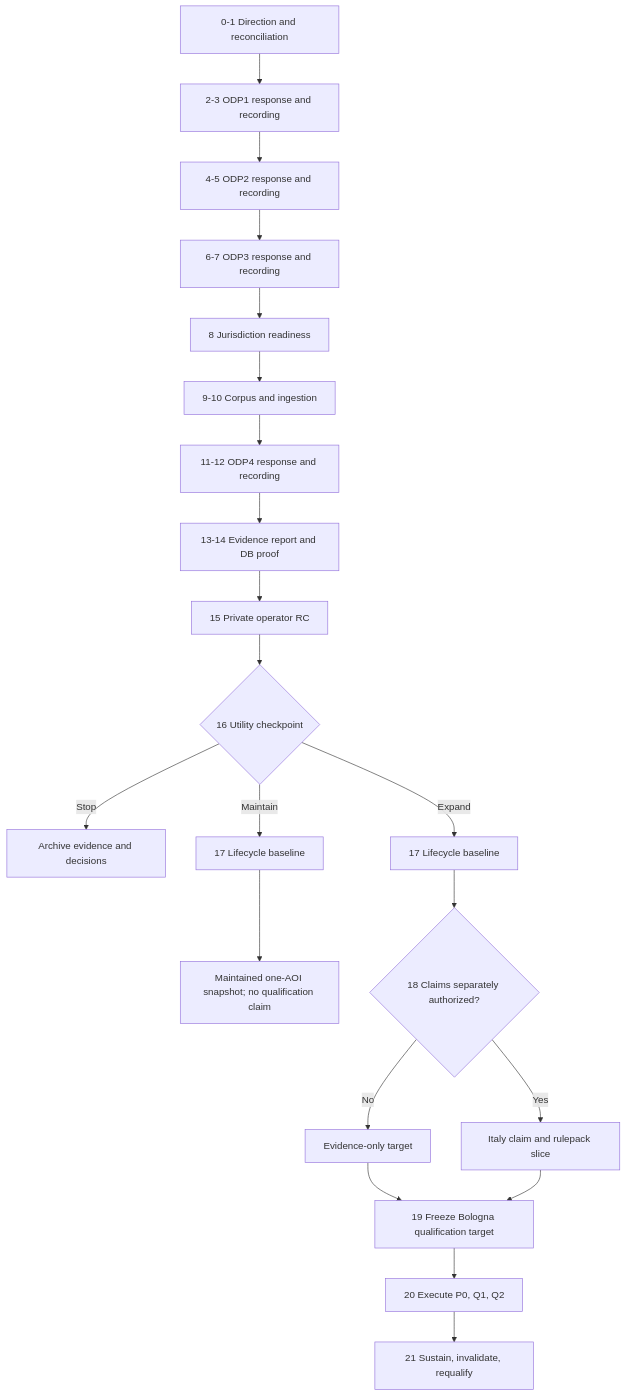
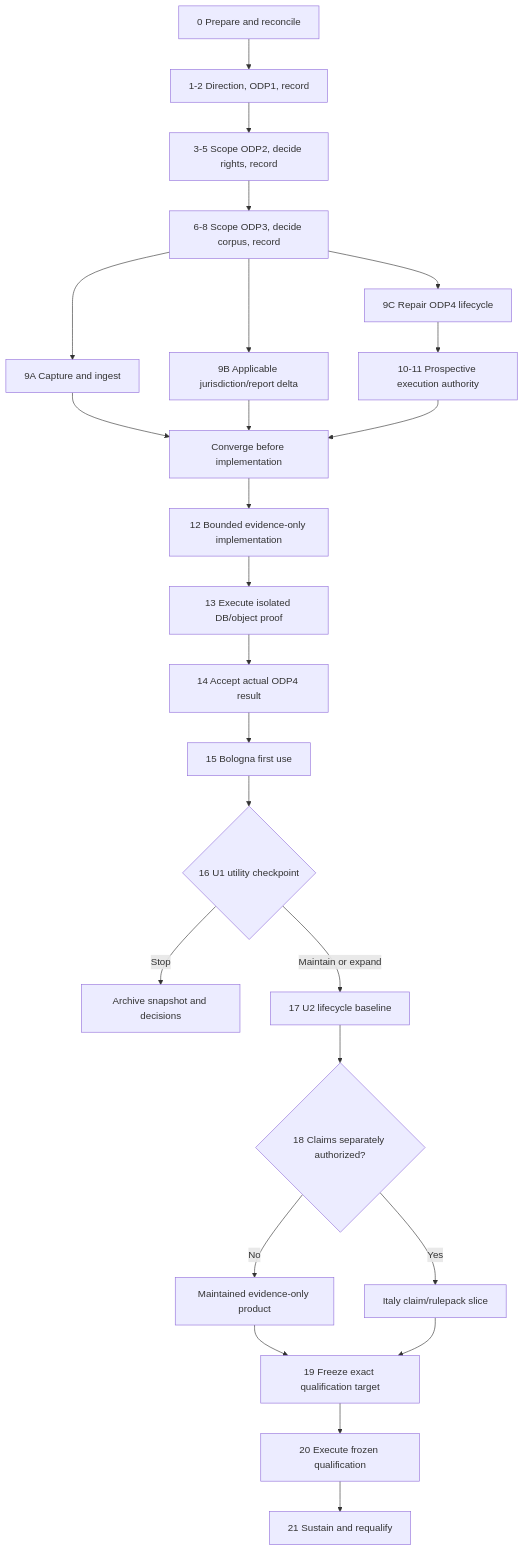
The third of 3 diagrams in plans/2026-07-22-program-roadmap.md (benjmcd/land-dd), drawn with Mermaid before and after one commit. The commit also changed other lines of this file and 3 other files, not shown here.

Commit message:
Refine roadmap path to first operator use

````diff
--- a/plans/2026-07-22-program-roadmap.md
+++ b/plans/2026-07-22-program-roadmap.md
@@ -380,22 +442,27 @@
 ```mermaid
 flowchart TD
-    A["0-1 Direction and reconciliation"] --> B["2-3 ODP1 response and recording"]
-    B --> C["4-5 ODP2 response and recording"]
-    C --> D["6-7 ODP3 response and recording"]
-    D --> E["8 Jurisdiction readiness"]
-    E --> F["9-10 Corpus and ingestion"]
-    F --> G["11-12 ODP4 response and recording"]
-    G --> H["13-14 Evidence report and DB proof"] --> I["15 Private operator RC"]
-    I --> J{"16 Utility checkpoint"}
-    J -->|"Stop"| K["Archive evidence and decisions"]
-    J -->|"Maintain"| L["17 Lifecycle baseline"]
-    L --> M["Maintained one-AOI snapshot; no qualification claim"]
-    J -->|"Expand"| N["17 Lifecycle baseline"]
-    N --> O{"18 Claims separately authorized?"}
-    O -->|"No"| P["Evidence-only target"]
-    O -->|"Yes"| Q["Italy claim and rulepack slice"]
-    P --> R["19 Freeze Bologna qualification target"]
-    Q --> R
-    R --> S["20 Execute P0, Q1, Q2"]
-    S --> T["21 Sustain, invalidate, requalify"]
+    A["0 Prepare and reconcile"] --> B["1-2 Direction, ODP1, record"]
+    B --> C["3-5 Scope ODP2, decide rights, record"]
+    C --> D["6-8 Scope ODP3, decide corpus, record"]
+    D --> E["9A Capture and ingest"]
+    D --> F["9B Applicable jurisdiction/report delta"]
+    D --> G["9C Repair ODP4 lifecycle"]
+    G --> H["10-11 Prospective execution authority"]
+    E --> I["Converge before implementation"]
+    F --> I
+    H --> I
+    I --> J["12 Bounded evidence-only implementation"]
+    J --> K["13 Execute isolated DB/object proof"]
+    K --> L["14 Accept actual ODP4 result"]
+    L --> M["15 Bologna first use"]
+    M --> N{"16 U1 utility checkpoint"}
+    N -->|"Stop"| O["Archive snapshot and decisions"]
+    N -->|"Maintain or expand"| P["17 U2 lifecycle baseline"]
+    P --> Q{"18 Claims separately authorized?"}
+    Q -->|"No"| R["Maintained evidence-only product"]
+    Q -->|"Yes"| S["Italy claim/rulepack slice"]
+    R --> T["19 Freeze exact qualification target"]
+    S --> T
+    T --> U["20 Execute frozen qualification"]
+    U --> V["21 Sustain and requalify"]
 ```
````
